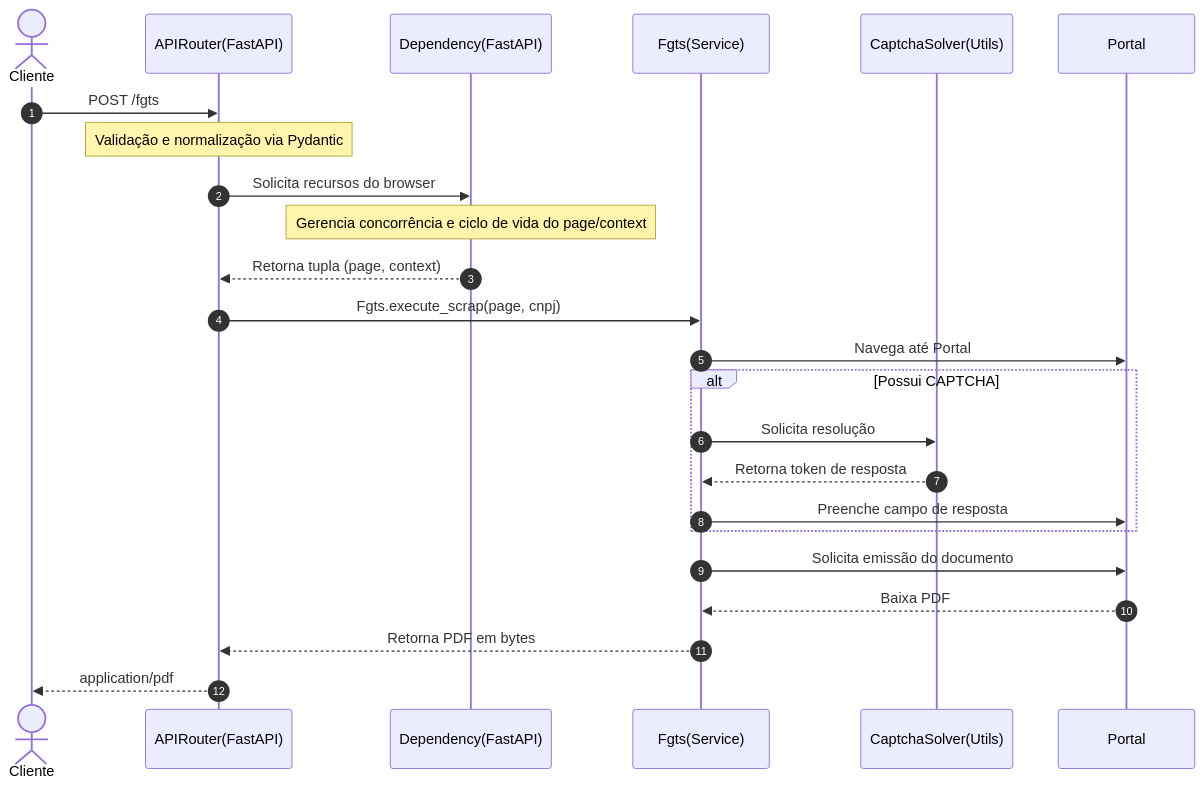
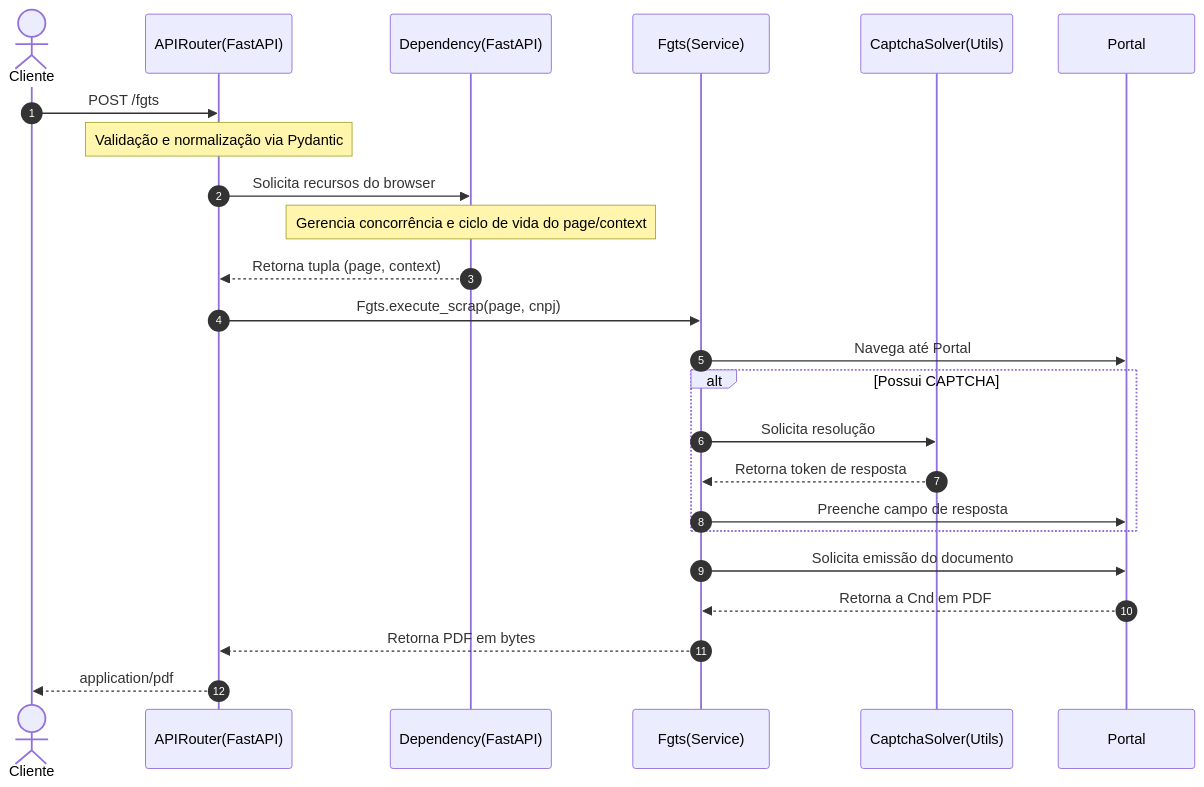
Before and after one commit to pedrobellezia/cnd-scrapper: the diagram in docs/README.md, drawn with Mermaid. The commit also changed other lines of this file and 2 other files, not shown here.

````diff
--- a/docs/README.md
+++ b/docs/README.md
@@ -5,31 +5,31 @@
 ```mermaid
 sequenceDiagram
     autonumber
     actor Cliente
     participant Router as APIRouter(FastAPI)
     participant Dependency as Dependency(FastAPI)
     participant Service as Fgts(Service)
     participant Captcha as CaptchaSolver(Utils)
     participant Portal as Portal
 
     Cliente->>Router: POST /fgts
     Note over Router: Validação e normalização via Pydantic
     Router->>Dependency: Solicita recursos do browser
     Note over Dependency: Gerencia concorrência e ciclo de vida do page/context
     Dependency-->>Router: Retorna tupla (page, context)
 
     Router->>Service: Fgts.execute_scrap(page, cnpj)
     Service->>Portal: Navega até Portal
     
     alt Possui CAPTCHA
         Service->>Captcha: Solicita resolução
         Captcha-->>Service: Retorna token de resposta
         Service->>Portal: Preenche campo de resposta
     end
 
     Service->>Portal: Solicita emissão do documento
-    Portal-->>Service: Baixa PDF
+    Portal-->>Service: Retorna a Cnd em PDF
 
     Service-->>Router: Retorna PDF em bytes 
     Router-->>Cliente: application/pdf
 ```
````
